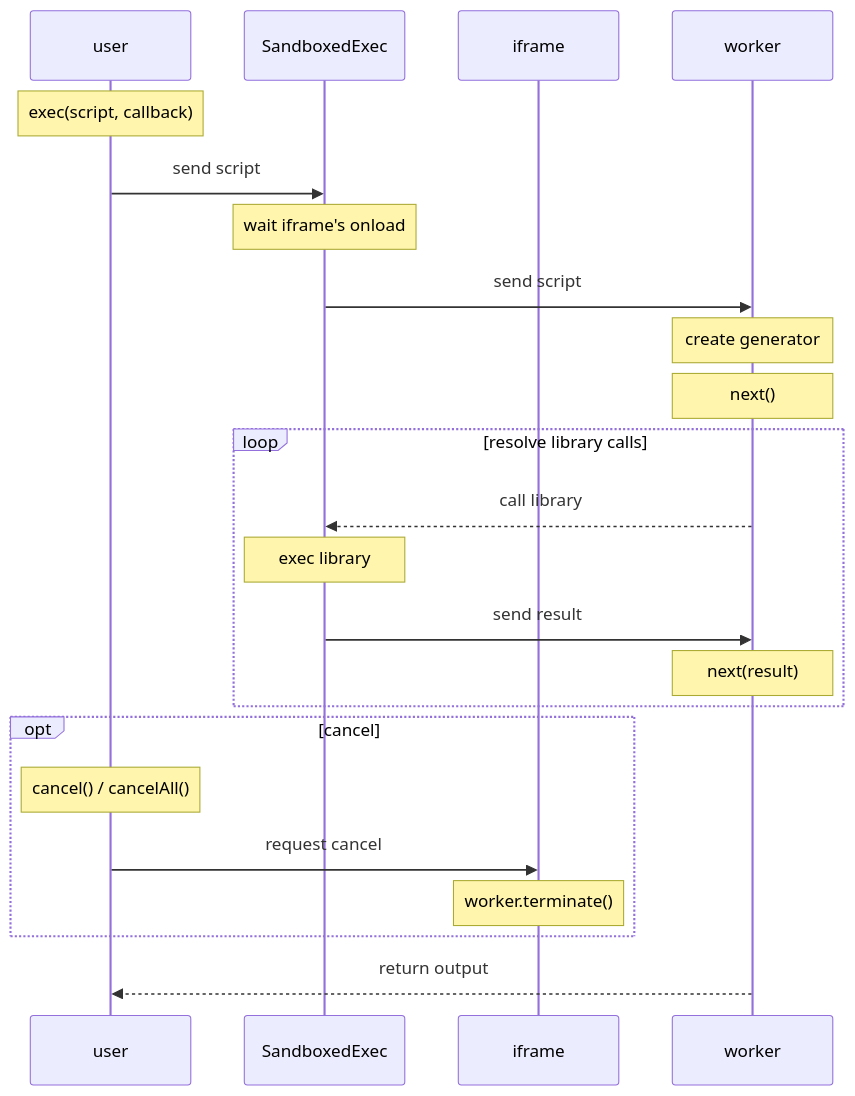
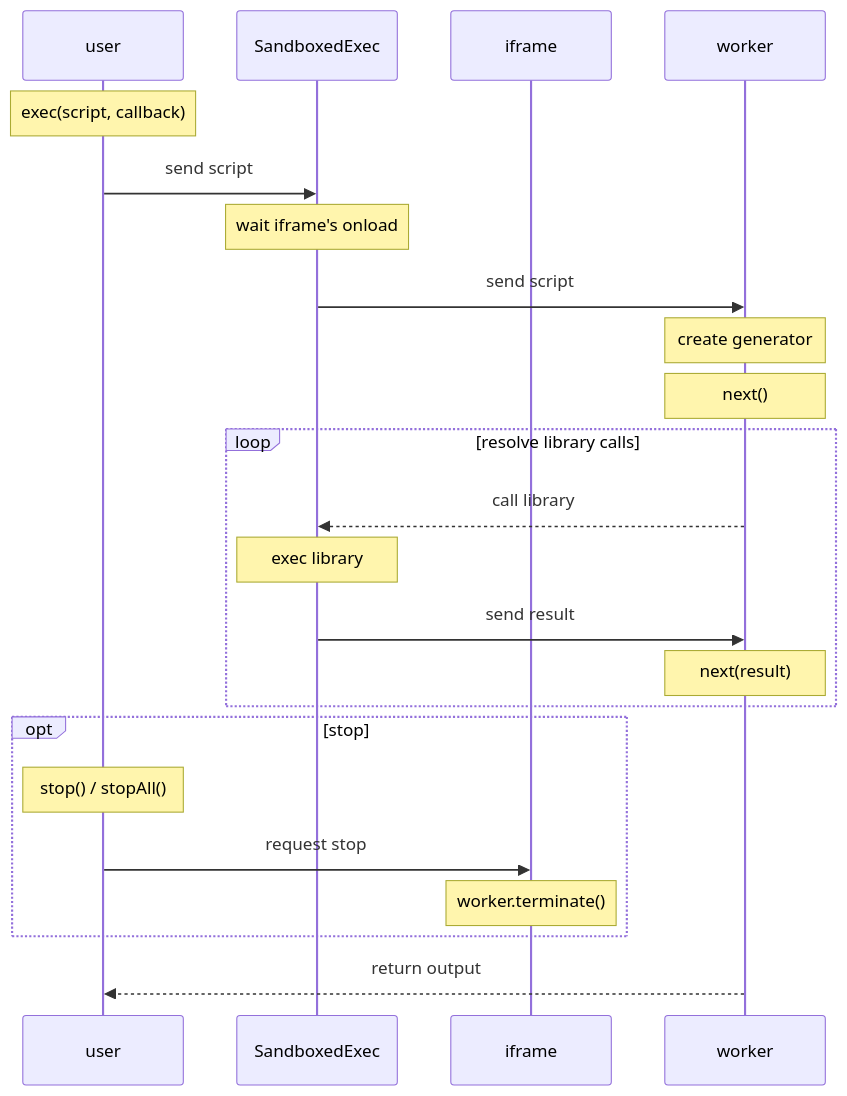
One commit to calamari-dev/sandboxedexec changed the diagram in README.md. Above: the diagram before and after it, drawn with Mermaid. The commit also changed other lines of this file and 26 other files, not shown here.

````diff
--- a/README.md
+++ b/README.md
@@ -36,30 +36,30 @@
 ```mermaid
 sequenceDiagram
 participant user as user
 participant rctx as SandboxedExec
 participant ictx as iframe
 participant wker as worker
 
 Note over user: exec(script, callback)
 user ->> rctx: send script
 Note over rctx: wait iframe's onload
 rctx ->> wker: send script
 Note over wker: create generator
 Note over wker: next()
 
 loop resolve library calls
   wker -->> rctx: call library
   Note over rctx: exec library
   rctx ->> wker: send result
   Note over wker: next(result)
 end
 
-opt cancel
-  Note over user: cancel() / cancelAll()
-  user ->> ictx: request cancel
+opt stop
+  Note over user: stop() / stopAll()
+  user ->> ictx: request stop
   Note over ictx: worker.terminate()
 end
 
 wker -->> user: return output
 
 ```
````
